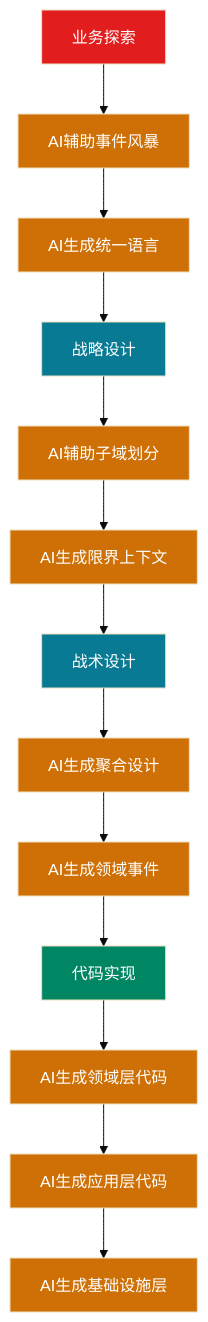
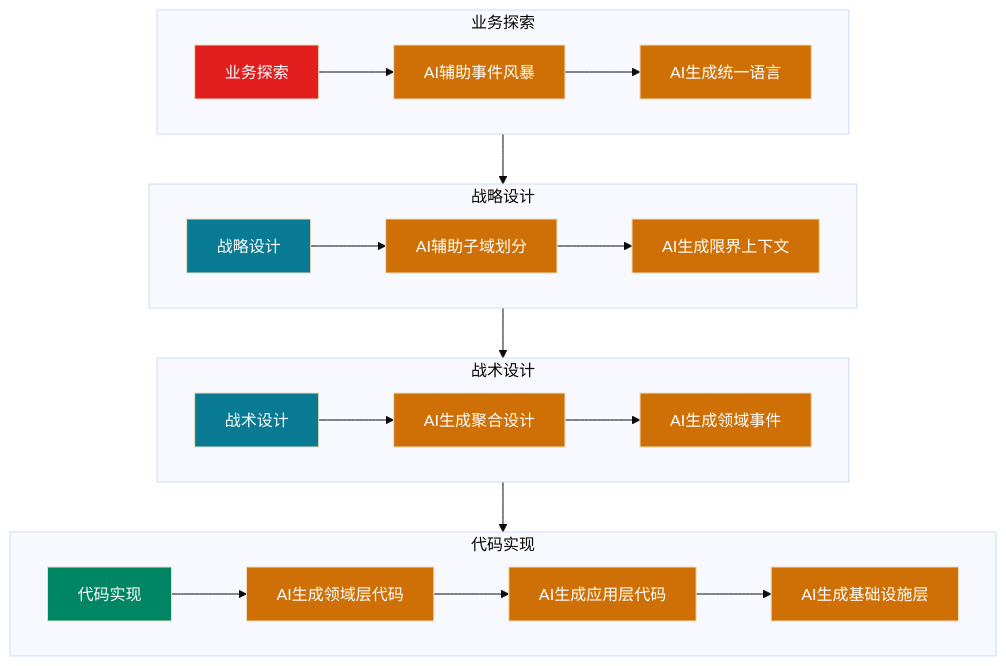
Before and after one commit to microwind/design-patterns: the ninth of 37 diagrams in domain-driven-design/一文搞懂AI时代DDD领域驱动设计.md, drawn with Mermaid. The commit also changed other lines of this file and 1 other file, not shown here.

Commit message:
update DI图

````diff
--- a/domain-driven-design/一文搞懂AI时代DDD领域驱动设计.md
+++ b/domain-driven-design/一文搞懂AI时代DDD领域驱动设计.md
@@ -289,30 +289,55 @@
 ```mermaid
-%%{init: {'theme': 'base', 'themeVariables': { 'sectionBkgColor': '#f1f1f1', 'altSectionBkgColor': '#f1f1f1', 'gridColor': '#e9ecef'}}}%%
-flowchart TD
-    A[业务探索] --> B[AI辅助事件风暴]
-    B --> C[AI生成统一语言]
-    C --> D[战略设计]
-    D --> E[AI辅助子域划分]
-    E --> F[AI生成限界上下文]
-    F --> G[战术设计]
-    G --> H[AI生成聚合设计]
-    H --> I[AI生成领域事件]
-    I --> J[代码实现]
-    J --> K[AI生成领域层代码]
-    K --> L[AI生成应用层代码]
-    L --> M[AI生成基础设施层]
-    
-    style A fill:#E11D1D,color:#ffffff
-    style B fill:#CE7005,color:#FFFFFF
-    style C fill:#CE7005,color:#FFFFFF
-    style D fill:#097A93,color:#ffffff
-    style E fill:#CE7005,color:#FFFFFF
-    style F fill:#CE7005,color:#FFFFFF
-    style G fill:#097A93,color:#ffffff
-    style H fill:#CE7005,color:#FFFFFF
-    style I fill:#CE7005,color:#FFFFFF
-    style J fill:#018663,color:#ffffff
-    style K fill:#CE7005,color:#FFFFFF
-    style L fill:#CE7005,color:#FFFFFF
-    style M fill:#CE7005,color:#FFFFFF
+%%{init: {'theme': 'base', 'themeVariables': { 'sectionBkgColor': '#f8f8f8', 'altSectionBkgColor': '#f8f8f8', 'gridColor': '#e5e7eb'}}}%%
+flowchart TB
+
+%% ===================== 第一层 =====================
+subgraph L1[业务探索]
+direction LR
+A[业务探索] --> B[AI辅助事件风暴] --> C[AI生成统一语言]
+end
+
+%% 层间下沉
+L1 --> L2
+
+%% ===================== 第二层 =====================
+subgraph L2[战略设计]
+direction LR
+D[战略设计] --> E[AI辅助子域划分] --> F[AI生成限界上下文]
+end
+
+%% 层间下沉
+L2 --> L3
+
+%% ===================== 第三层 =====================
+subgraph L3[战术设计]
+direction LR
+G[战术设计] --> H[AI生成聚合设计] --> I[AI生成领域事件]
+end
+
+%% 层间下沉
+L3 --> L4
+
+%% ===================== 第四层 =====================
+subgraph L4[代码实现]
+direction LR
+J[代码实现] --> K[AI生成领域层代码] --> L[AI生成应用层代码] --> M[AI生成基础设施层]
+end
+
+%% ===================== 样式 =====================
+style A fill:#E11D1D,color:#fff
+style B fill:#CE7005,color:#fff
+style C fill:#CE7005,color:#fff
+
+style D fill:#097A93,color:#fff
+style E fill:#CE7005,color:#fff
+style F fill:#CE7005,color:#fff
+
+style G fill:#097A93,color:#fff
+style H fill:#CE7005,color:#fff
+style I fill:#CE7005,color:#fff
+
+style J fill:#018663,color:#fff
+style K fill:#CE7005,color:#fff
+style L fill:#CE7005,color:#fff
+style M fill:#CE7005,color:#fff
 ```
````
